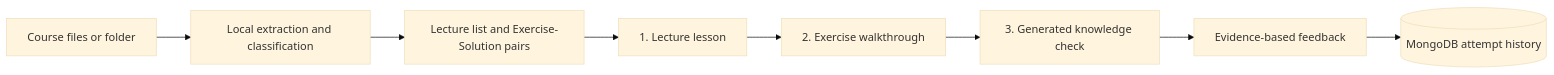
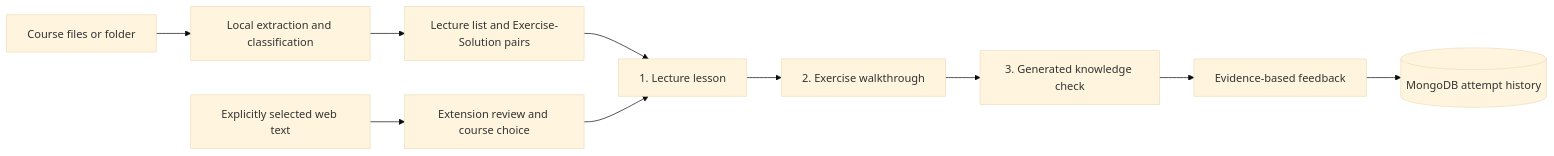
Before and after one commit to ChenYiyua/StudyLens: the diagram in README.md, drawn with Mermaid (base theme). The commit also changed other lines of this file and 25 other files, not shown here.

````diff
--- a/README.md
+++ b/README.md
@@ -30,10 +41,12 @@
 ```mermaid
 flowchart LR
     P[Course files or folder] --> X[Local extraction and classification]
     X --> O[Lecture list and Exercise-Solution pairs]
     O --> L[1. Lecture lesson]
     L --> E[2. Exercise walkthrough]
     E --> Q[3. Generated knowledge check]
     Q --> F[Evidence-based feedback]
     F --> M[(MongoDB attempt history)]
+    W[Explicitly selected web text] --> B[Extension review and course choice]
+    B --> L
 ```
````
